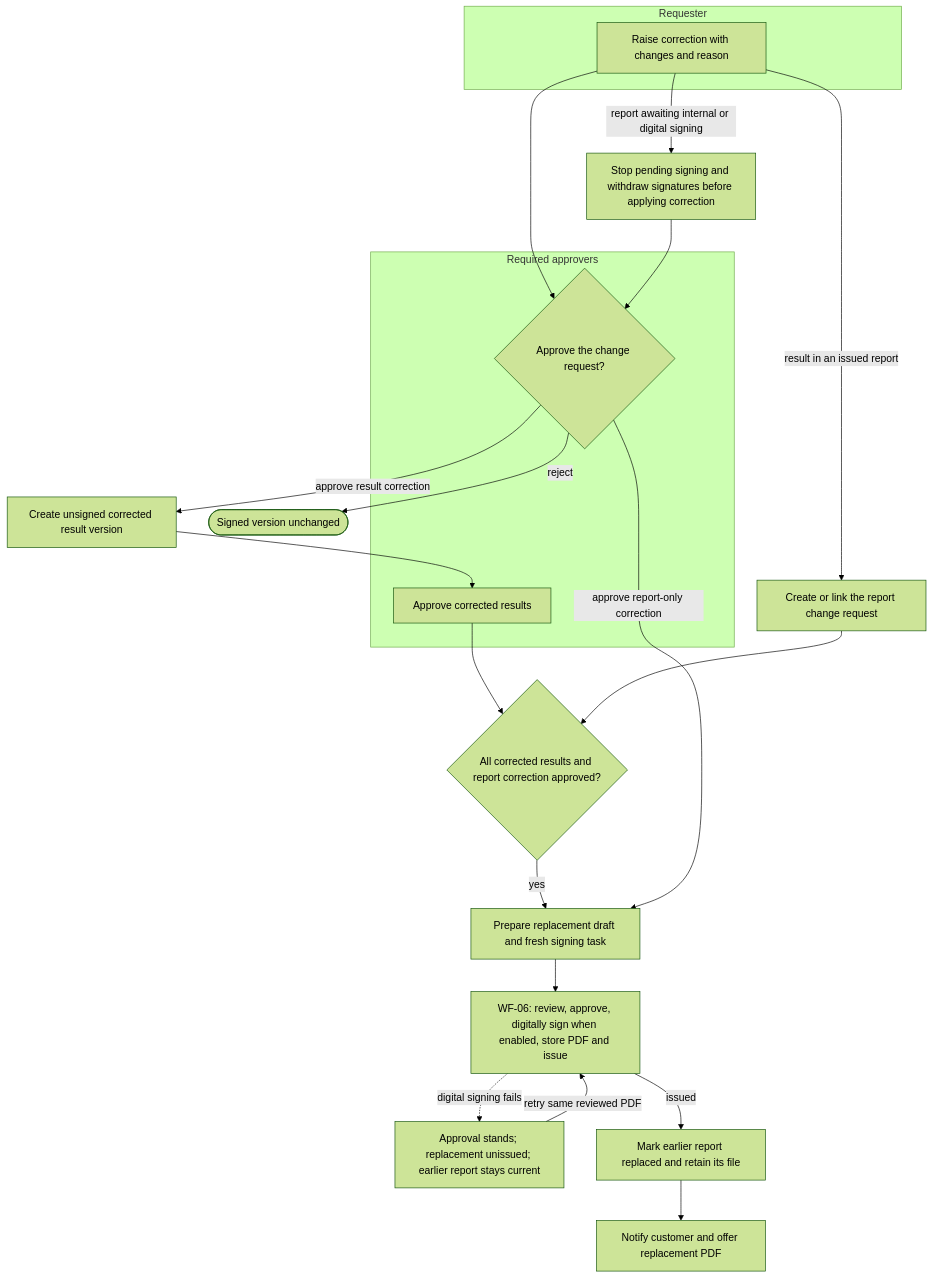
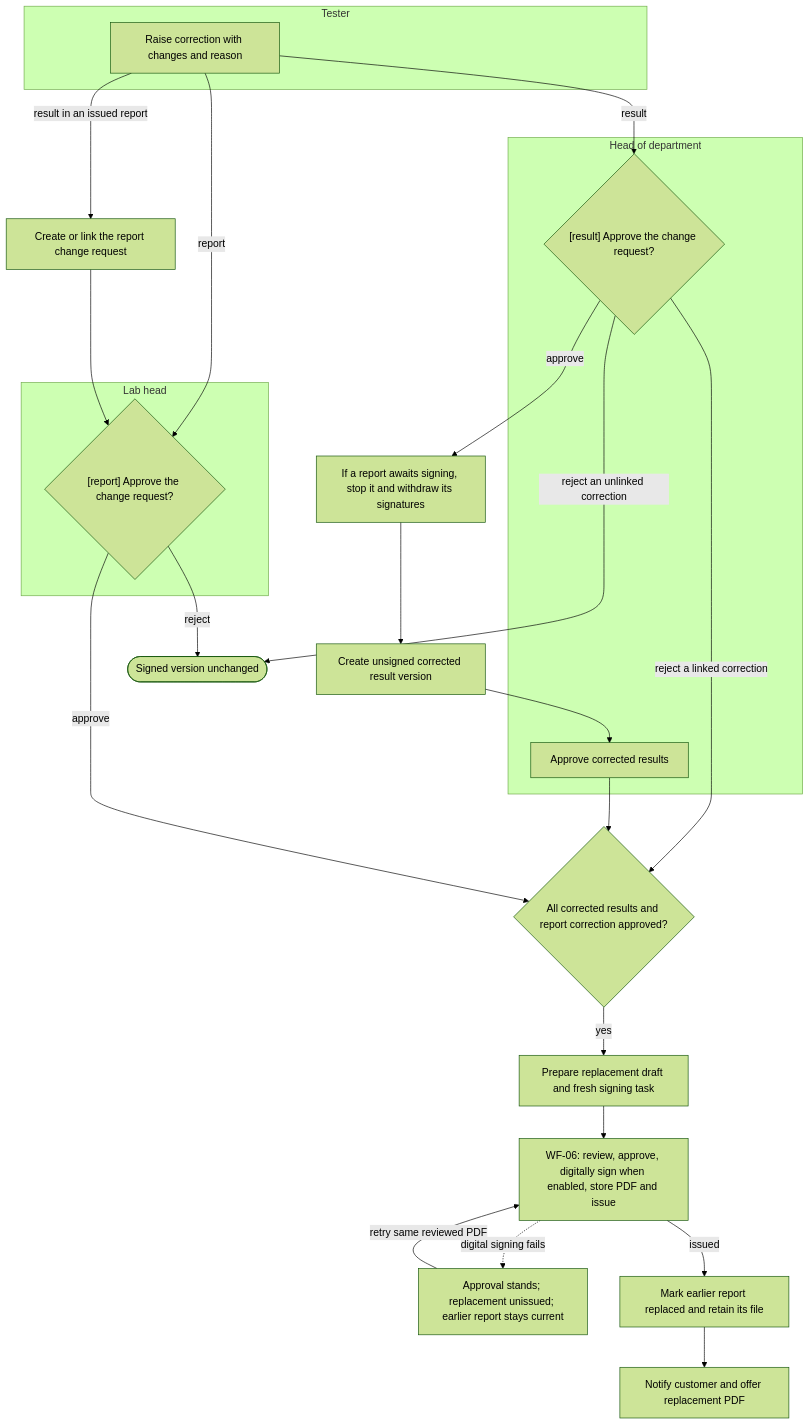
One commit to SoltuneMontepre/medilab changed the ninth of 17 diagrams in docs/functional/business-flows.md. Above: the diagram before and after it, drawn with Mermaid (forest theme). The commit also changed other lines of this file and 122 other files, not shown here.

First line of the commit message:
[docs] Align the requirements with the final activity diagrams and BM04 v1.1 (#551)

````diff
--- a/docs/functional/business-flows.md
+++ b/docs/functional/business-flows.md
@@ -421,25 +452,29 @@
 ```mermaid
 flowchart TD
-    subgraph lane24 ["Requester"]
+    subgraph lane24 ["Tester"]
         r1[Raise correction with changes and reason]
     end
-    subgraph lane25 ["Required approvers"]
-        s1{Approve the change request?}
+    subgraph lane25 ["Head of department"]
+        sr{"[result] Approve the change request?"}
         s2[Approve corrected results]
     end
-    r1 --> s1
+    subgraph lane73 ["Lab head"]
+        sp{"[report] Approve the change request?"}
+    end
+    r1 -->|result| sr
+    r1 -->|report| sp
     r1 -->|result in an issued report| link[Create or link the report change request]
-    r1 -->|report awaiting internal or digital signing| stop[Stop pending signing and withdraw signatures before applying correction]
-    s1 -->|reject| kept([Signed version unchanged])
-    s1 -->|approve result correction| result[Create unsigned corrected result version] --> s2
-    stop --> s1
+    sr -->|reject an unlinked correction| kept([Signed version unchanged])
+    sr -->|reject a linked correction| ready
+    sp -->|reject| kept
+    sr -->|approve| stop[If a report awaits signing, stop it and withdraw its signatures] --> result[Create unsigned corrected result version] --> s2
     s2 --> ready{All corrected results and report correction approved?}
-    link --> ready
+    link --> sp
     ready -->|yes| draft[Prepare replacement draft and fresh signing task]
-    s1 -->|approve report-only correction| draft
+    sp -->|approve| ready
     draft --> release[WF-06: review, approve, digitally sign when enabled, store PDF and issue]
     release -.->|digital signing fails| pending[Approval stands; replacement unissued; earlier report stays current]
     pending -->|retry same reviewed PDF| release
     release -->|issued| issued[Mark earlier report replaced and retain its file]
     issued --> notice[Notify customer and offer replacement PDF]
 ```
````
